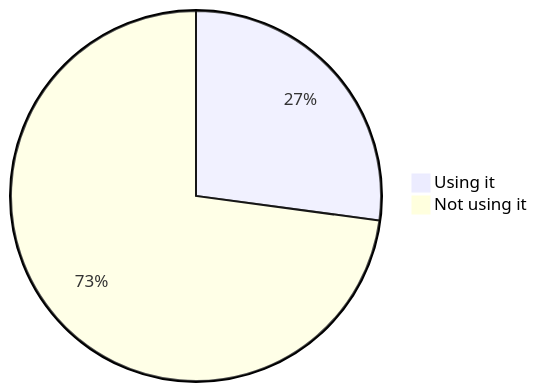
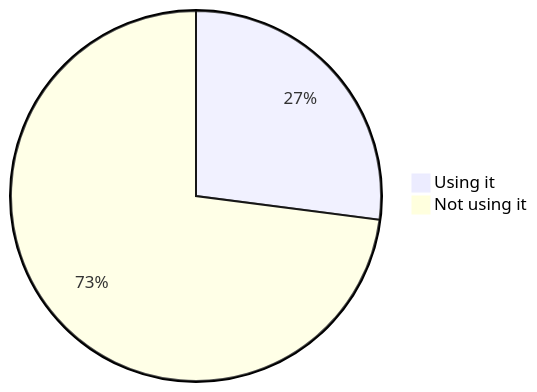
One commit to oshp/oshp-stats changed diagram 16 of 22 in stats.md. Above: the diagram before and after it, drawn with Mermaid. The commit also changed other lines of this file, not shown here.

````diff
--- a/stats.md
+++ b/stats.md
@@ -190,6 +190,6 @@
 ```mermaid
 pie
-	"Using it" : 27.12
-	"Not using it" : 72.88
+	"Using it" : 27.05
+	"Not using it" : 72.95
 
 ```
````
